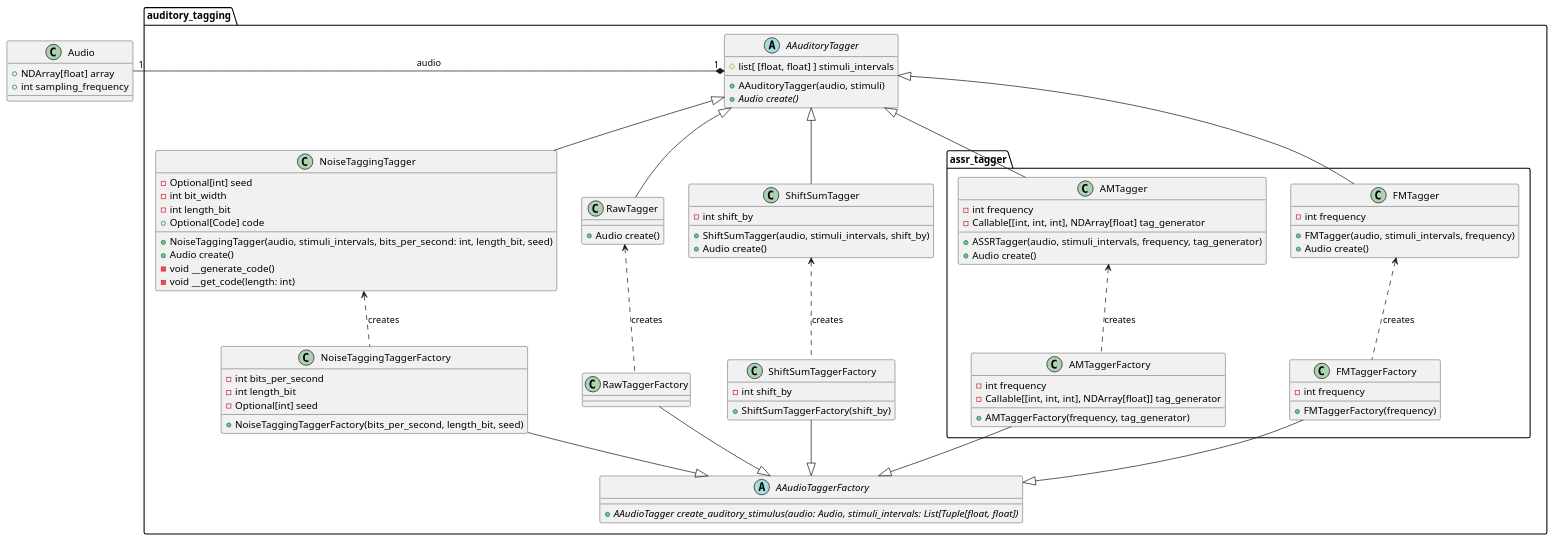
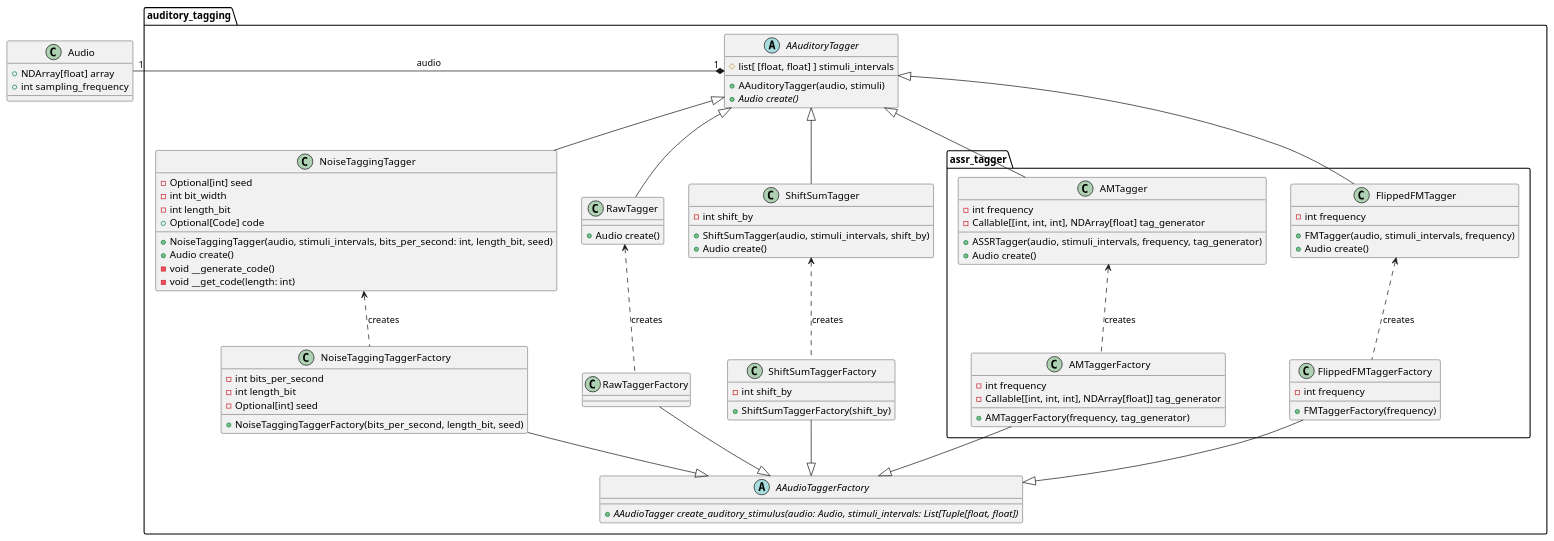
One commit to michalrzak/auditory-intention-decoding changed the diagram in diagrams/plantuml/class/auditory_tagging_class.puml. Above: the diagram before and after it, drawn with PlantUML. The commit also changed 5 other files, not shown here.

```diff
--- a/diagrams/plantuml/class/auditory_tagging_class.puml
+++ b/diagrams/plantuml/class/auditory_tagging_class.puml
@@ -1,113 +1,113 @@
 @startuml
 
 class Audio {
     +NDArray[float] array
     +int sampling_frequency
 }
 
 package auditory_tagging {
     abstract class AAuditoryTagger {
       #list[ [float, float] ] stimuli_intervals
 
       +AAuditoryTagger(audio, stimuli)
       +Audio {abstract} create()
     }
 
     AAuditoryTagger "1" *-[norank]- "1" Audio: audio
 
 
     abstract class AAudioTaggerFactory {
       +AAudioTagger {abstract} create_auditory_stimulus(audio: Audio, stimuli_intervals: List[Tuple[float, float])
     }
 
     package assr_tagger {
         class AMTagger {
           -int frequency
           -Callable[[int, int, int], NDArray[float] tag_generator
 
           +ASSRTagger(audio, stimuli_intervals, frequency, tag_generator)
           +Audio create()
         }
 
-        class FMTagger {
+        class FlippedFMTagger {
           -int frequency
 
           +FMTagger(audio, stimuli_intervals, frequency)
           +Audio create()
 
         }
 
         class AMTaggerFactory {
           -int frequency
           -Callable[[int, int, int], NDArray[float]] tag_generator
 
           +AMTaggerFactory(frequency, tag_generator)
         }
 
-        class FMTaggerFactory {
+        class FlippedFMTaggerFactory {
           -int frequency
 
           +FMTaggerFactory(frequency)
         }
     }
 
     class NoiseTaggingTagger {
       -Optional[int] seed
       -int bit_width
       -int length_bit
       +Optional[Code] code
 
       +NoiseTaggingTagger(audio, stimuli_intervals, bits_per_second: int, length_bit, seed)
       +Audio create()
       -void __generate_code()
       -void __get_code(length: int)
     }
 
     class NoiseTaggingTaggerFactory {
       -int bits_per_second
       -int length_bit
       -Optional[int] seed
 
       +NoiseTaggingTaggerFactory(bits_per_second, length_bit, seed)
     }
 
     class RawTagger {
       +Audio create()
     }
 
     class RawTaggerFactory {
     }
 
     class ShiftSumTagger {
       -int shift_by
 
       +ShiftSumTagger(audio, stimuli_intervals, shift_by)
       +Audio create()
     }
 
     class ShiftSumTaggerFactory {
       -int shift_by
       +ShiftSumTaggerFactory(shift_by)
     }
 }
 
 AAuditoryTagger <|-- ShiftSumTagger
 AAuditoryTagger <|-- RawTagger
 AAuditoryTagger <|-- NoiseTaggingTagger
 AAuditoryTagger <|-- AMTagger
-AAuditoryTagger <|-- FMTagger
+AAuditoryTagger <|-- FlippedFMTagger
 
 AAudioTaggerFactory <|-u- ShiftSumTaggerFactory
 AAudioTaggerFactory <|-u- AMTaggerFactory
-AAudioTaggerFactory <|-u- FMTaggerFactory
+AAudioTaggerFactory <|-u- FlippedFMTaggerFactory
 AAudioTaggerFactory <|-u- NoiseTaggingTaggerFactory
 AAudioTaggerFactory <|-u- RawTaggerFactory
 
 ShiftSumTagger <.. ShiftSumTaggerFactory: "creates"
 AMTagger <.. AMTaggerFactory: "creates"
-FMTagger <.. FMTaggerFactory: "creates"
+FlippedFMTagger <.. FlippedFMTaggerFactory: "creates"
 NoiseTaggingTagger <.. NoiseTaggingTaggerFactory: "creates"
 RawTagger <.. RawTaggerFactory: "creates"
 
 
 @enduml
```
